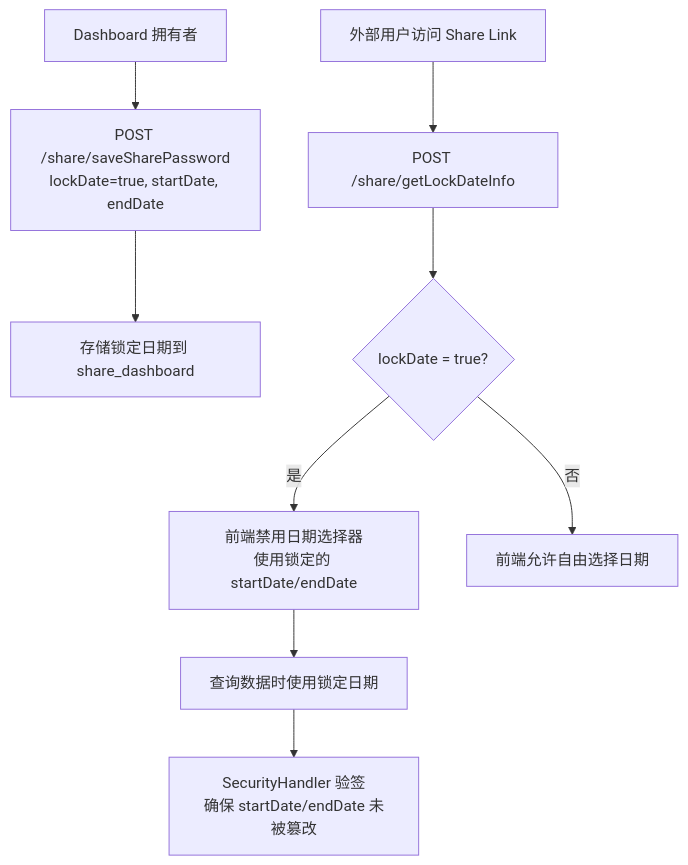
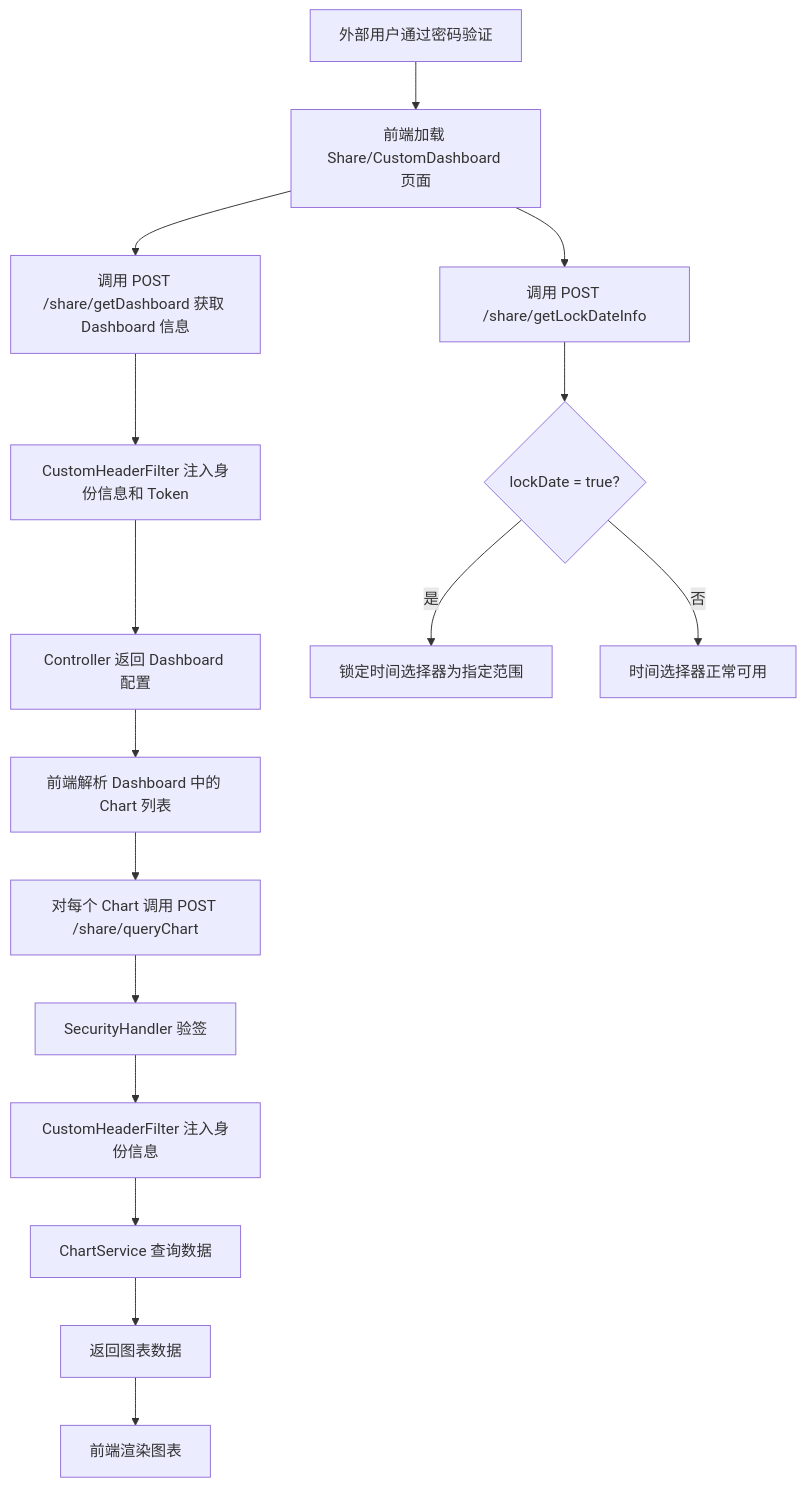
The fifth of 5 diagrams in output/03-share-link.md (suoweiwei-pacvue/document-automation), drawn with Mermaid before and after one commit. The commit also changed other lines of this file and 55 other files, not shown here.

````diff
--- a/output/03-share-link.md
+++ b/output/03-share-link.md
@@ -551,13 +615,19 @@
 ```mermaid
 flowchart TD
-    A[Dashboard 拥有者] --> B[POST /share/saveSharePassword<br/>lockDate=true, startDate, endDate]
-    B --> C[存储锁定日期到 share_dashboard]
+    A[外部用户通过密码验证] --> B[前端加载 Share/CustomDashboard 页面]
+    B --> C[调用 POST /share/getDashboard 获取 Dashboard 信息]
+    C --> D[CustomHeaderFilter 注入身份信息和 Token]
+    D --> E[Controller 返回 Dashboard 配置]
+    E --> F[前端解析 Dashboard 中的 Chart 列表]
+    F --> G[对每个 Chart 调用 POST /share/queryChart]
+    G --> H[SecurityHandler 验签]
+    H --> I[CustomHeaderFilter 注入身份信息]
+    I --> J[ChartService 查询数据]
+    J --> K[返回图表数据]
+    K --> L[前端渲染图表]
     
-    D[外部用户访问 Share Link] --> E[POST /share/getLockDateInfo]
-    E --> F{lockDate = true?}
-    F -->|是| G[前端禁用日期选择器<br/>使用锁定的 startDate/endDate]
-    F -->|否| H[前端允许自由选择日期]
-    
-    G --> I[查询数据时使用锁定日期]
-    I --> J[SecurityHandler 验签<br/>确保 startDate/endDate 未被篡改]
+    B --> M[调用 POST /share/getLockDateInfo]
+    M --> N{lockDate = true?}
+    N -->|是| O[锁定时间选择器为指定范围]
+    N -->|否| P[时间选择器正常可用]
 ```
````
